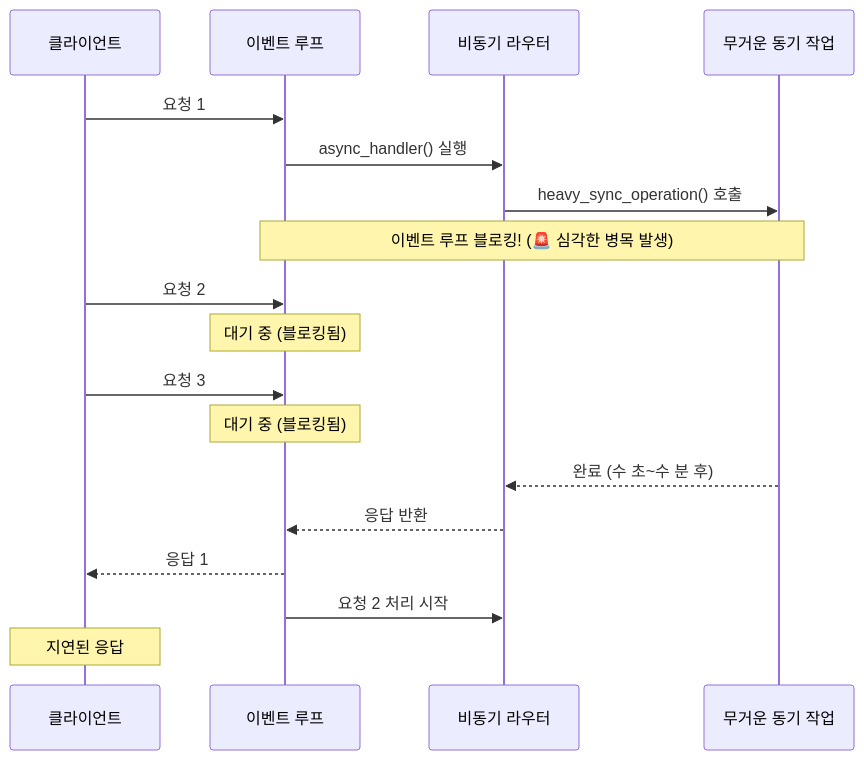
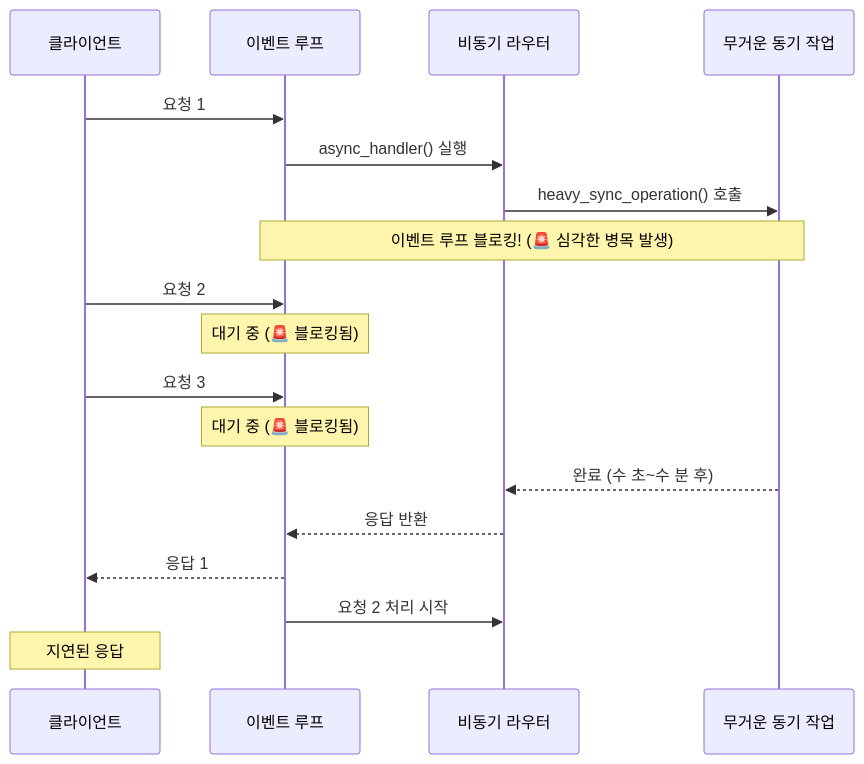
One commit to pai-bh/eventloop_debug changed the second of 3 diagrams in README.md. Above: the diagram before and after it, drawn with Mermaid. The commit also changed other lines of this file and 2 other files, not shown here.

````diff
--- a/README.md
+++ b/README.md
@@ -167,24 +333,24 @@
 ```mermaid
 sequenceDiagram
     participant Client as 클라이언트
     participant EL as 이벤트 루프
     participant AR as 비동기 라우터
     participant HSync as 무거운 동기 작업
     
     Client->>EL: 요청 1
     EL->>AR: async_handler() 실행
     AR->>HSync: heavy_sync_operation() 호출
     Note over EL,HSync: 이벤트 루프 블로킹! (🚨 심각한 병목 발생)
     
     Client->>EL: 요청 2
-    Note over EL: 대기 중 (블로킹됨)
+    Note over EL: 대기 중 (🚨 블로킹됨)
     Client->>EL: 요청 3
-    Note over EL: 대기 중 (블로킹됨)
+    Note over EL: 대기 중 (🚨 블로킹됨)
     
     HSync-->>AR: 완료 (수 초~수 분 후)
     AR-->>EL: 응답 반환
     EL-->>Client: 응답 1
     
     EL->>AR: 요청 2 처리 시작
     Note over Client: 지연된 응답
 ```
````
